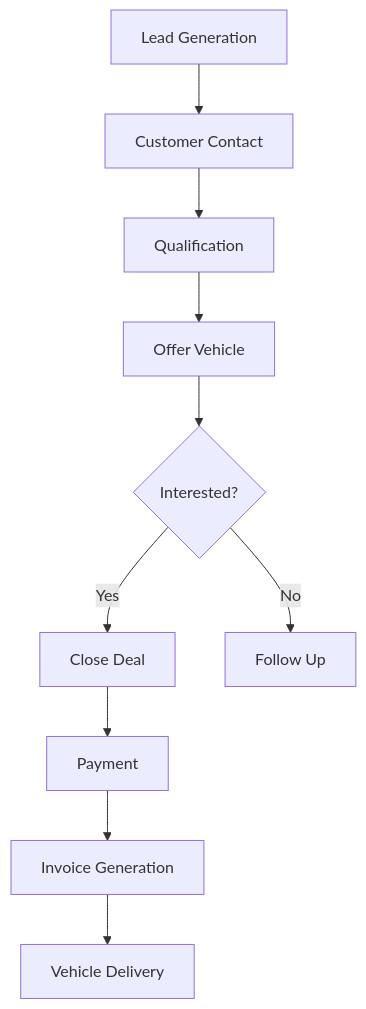
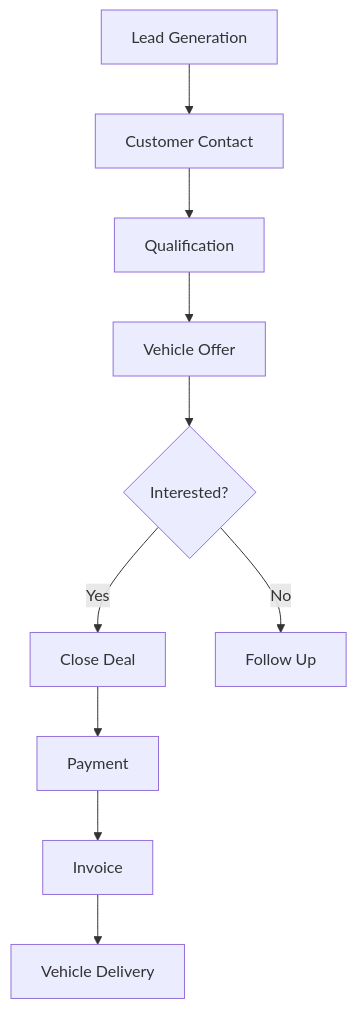
The fifth of 7 diagrams in README.md (Daniwest-Tech-Ltd/justice-auto-haven), drawn with Mermaid before and after one commit. The commit also changed other lines of this file, not shown here.

````diff
--- a/README.md
+++ b/README.md
@@ -100,15 +134,14 @@
 ```mermaid
 flowchart TD
-
 A[Lead Generation] --> B[Customer Contact]
 B --> C[Qualification]
-C --> D[Offer Vehicle]
+C --> D[Vehicle Offer]
 D --> E{Interested?}
 
 E -->|Yes| F[Close Deal]
 E -->|No| G[Follow Up]
 
 F --> H[Payment]
-H --> I[Invoice Generation]
+H --> I[Invoice]
 I --> J[Vehicle Delivery]
 ```
````
